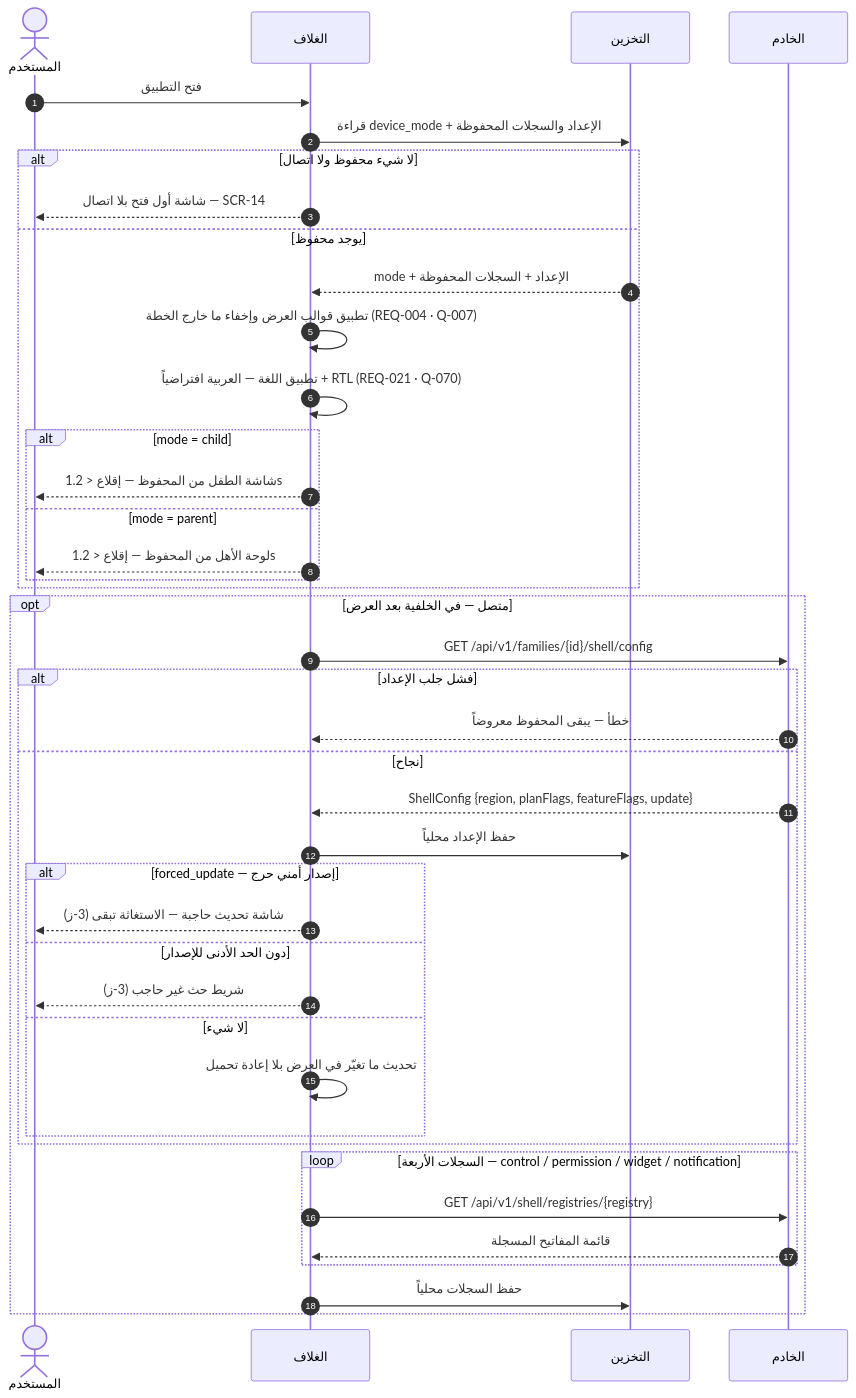
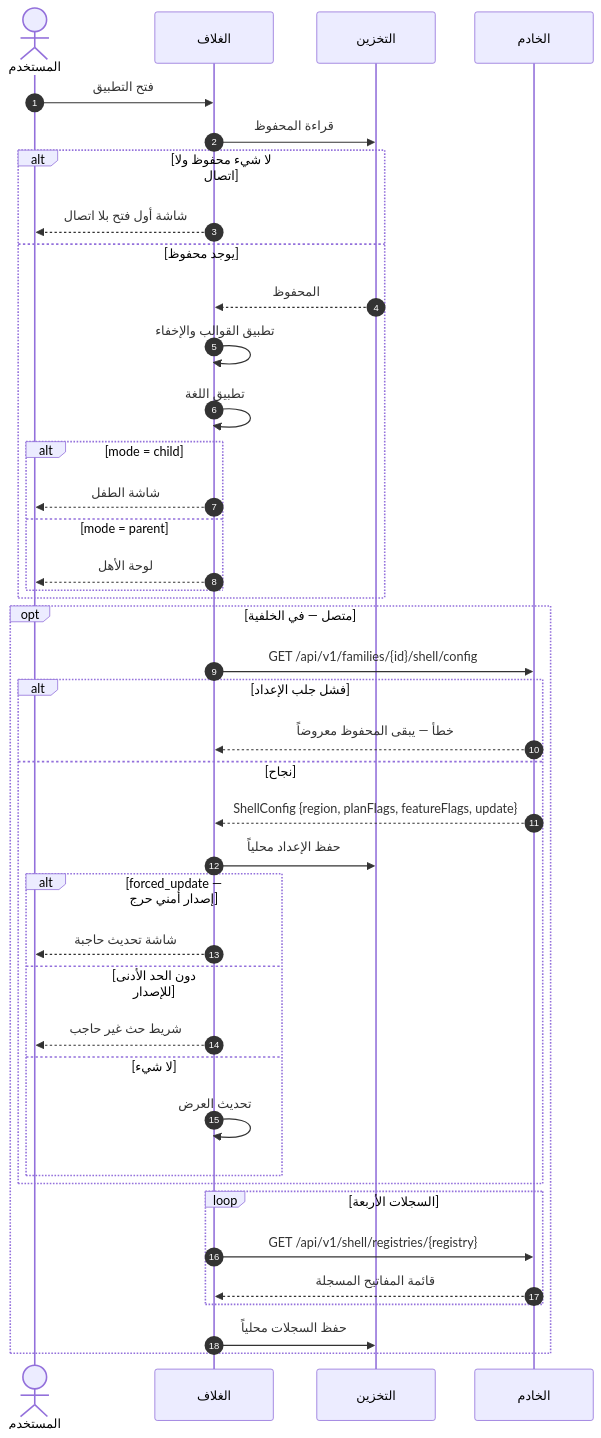
Before and after one commit to Bassam-mohammed-alqaeadi/family-os-v2: the fourth of 19 diagrams in docs/family-os/governance/phases/phase-1/S1-01-app-shell-and-platform/DIAGRAMS.md, drawn with Mermaid. The commit also changed other lines of this file, not shown here.

First line of the commit message:
S1-01: إعادة رسم مخططات Q-434 — محتوى Q-416/Q-424 وشكل §3

````diff
--- a/docs/family-os/governance/phases/phase-1/S1-01-app-shell-and-platform/DIAGRAMS.md
+++ b/docs/family-os/governance/phases/phase-1/S1-01-app-shell-and-platform/DIAGRAMS.md
@@ -205,43 +213,43 @@
 ```mermaid
 sequenceDiagram
     autonumber
     actor User as المستخدم
     participant Shell as الغلاف
     participant Store as التخزين
     participant Ktor as الخادم
     User->>Shell: فتح التطبيق
-    Shell->>Store: قراءة device_mode + الإعداد والسجلات المحفوظة
+    Shell->>Store: قراءة المحفوظ
     alt لا شيء محفوظ ولا اتصال
-        Shell-->>User: شاشة أول فتح بلا اتصال — SCR-14
+        Shell-->>User: شاشة أول فتح بلا اتصال
     else يوجد محفوظ
-        Store-->>Shell: mode + الإعداد + السجلات المحفوظة
-        Shell->>Shell: تطبيق قوالب العرض وإخفاء ما خارج الخطة (REQ-004 · Q-007)
-        Shell->>Shell: تطبيق اللغة — العربية افتراضياً + RTL (REQ-021 · Q-070)
+        Store-->>Shell: المحفوظ
+        Shell->>Shell: تطبيق القوالب والإخفاء
+        Shell->>Shell: تطبيق اللغة
         alt mode = child
-            Shell-->>User: شاشة الطفل من المحفوظ — إقلاع < 1.2s
+            Shell-->>User: شاشة الطفل
         else mode = parent
-            Shell-->>User: لوحة الأهل من المحفوظ — إقلاع < 1.2s
+            Shell-->>User: لوحة الأهل
         end
     end
-    opt متصل — في الخلفية بعد العرض
+    opt متصل — في الخلفية
         Shell->>Ktor: GET /api/v1/families/{id}/shell/config
         alt فشل جلب الإعداد
             Ktor-->>Shell: خطأ — يبقى المحفوظ معروضاً
         else نجاح
             Ktor-->>Shell: ShellConfig {region, planFlags, featureFlags, update}
             Shell->>Store: حفظ الإعداد محلياً
             alt forced_update — إصدار أمني حرج
-                Shell-->>User: شاشة تحديث حاجبة — الاستغاثة تبقى (3-ز)
+                Shell-->>User: شاشة تحديث حاجبة
             else دون الحد الأدنى للإصدار
-                Shell-->>User: شريط حث غير حاجب (3-ز)
+                Shell-->>User: شريط حث غير حاجب
             else لا شيء
-                Shell->>Shell: تحديث ما تغيّر في العرض بلا إعادة تحميل
+                Shell->>Shell: تحديث العرض
             end
         end
-        loop السجلات الأربعة — control / permission / widget / notification
+        loop السجلات الأربعة
             Shell->>Ktor: GET /api/v1/shell/registries/{registry}
             Ktor-->>Shell: قائمة المفاتيح المسجلة
         end
         Shell->>Store: حفظ السجلات محلياً
     end
 ```
````
